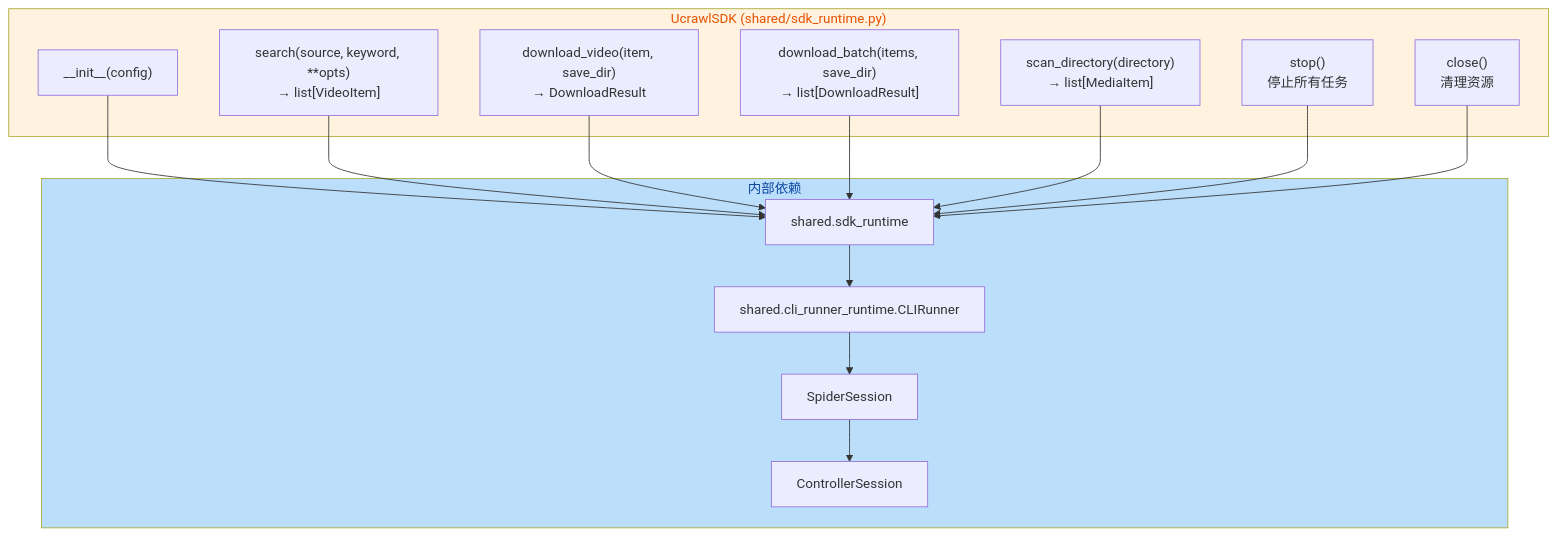
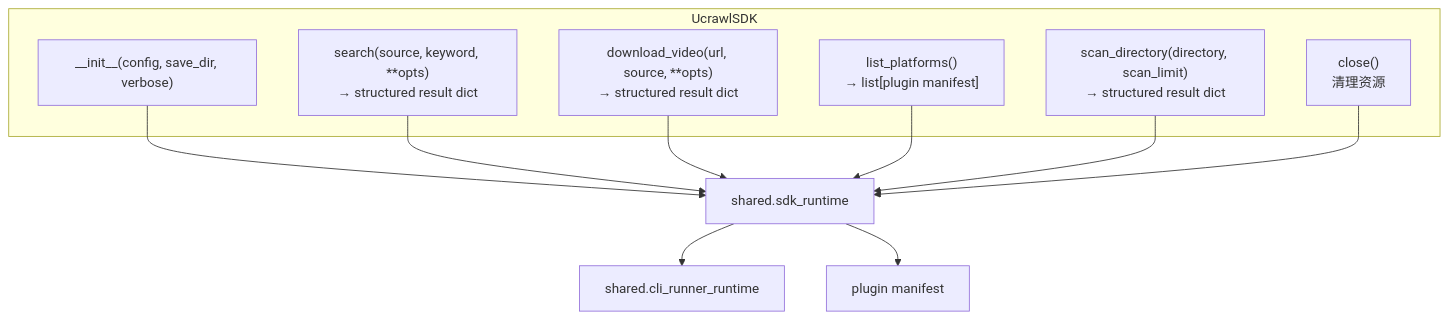
One commit to haohaizi554/UniversalCrawler changed the fourth of 5 diagrams in mermaid/07-cli-sdk-runtime.md. Above: the diagram before and after it, drawn with Mermaid. The commit also changed other lines of this file and 7 other files, not shown here.

Commit message:
docs: publish plugin-driven CLI runtime architecture

````diff
--- a/mermaid/07-cli-sdk-runtime.md
+++ b/mermaid/07-cli-sdk-runtime.md
@@ -164,34 +149,22 @@
 ```mermaid
 flowchart TB
-    subgraph SDK["UcrawlSDK (shared/sdk_runtime.py)"]
-        Init["__init__(config)"]
-        Search["search(source, keyword, **opts)<br/>→ list[VideoItem]"]
-        Download["download_video(item, save_dir)<br/>→ DownloadResult"]
-        DownloadBatch["download_batch(items, save_dir)<br/>→ list[DownloadResult]"]
-        Scan["scan_directory(directory)<br/>→ list[MediaItem]"]
-        Stop["stop()<br/>停止所有任务"]
+    subgraph SDK["UcrawlSDK"]
+        Init["__init__(config, save_dir, verbose)"]
+        Search["search(source, keyword, **opts)<br/>→ structured result dict"]
+        Download["download_video(url, source, **opts)<br/>→ structured result dict"]
+        Platforms["list_platforms()<br/>→ list[plugin manifest]"]
+        Scan["scan_directory(directory, scan_limit)<br/>→ structured result dict"]
         Close["close()<br/>清理资源"]
     end
 
-    subgraph Internal["内部依赖"]
-        SDKRt["shared.sdk_runtime"]
-        Runner["shared.cli_runner_runtime.CLIRunner"]
-        SpiderSession["SpiderSession"]
-        Controller["ControllerSession"]
-    end
+    SDKRt["shared.sdk_runtime"]
+    Runner["shared.cli_runner_runtime"]
+    Manifest["plugin manifest"]
 
     Init --> SDKRt
-    Search --> SDKRt
+    Search --> SDKRt --> Runner
     Download --> SDKRt
-    DownloadBatch --> SDKRt
+    Platforms --> SDKRt --> Manifest
     Scan --> SDKRt
-    Stop --> SDKRt
     Close --> SDKRt
-
-    SDKRt --> Runner
-    Runner --> SpiderSession
-    SpiderSession --> Controller
-
-    style SDK fill:#fff3e0,color:#e65100
-    style Internal fill:#bbdefb,color:#0d47a1
 ```
````
